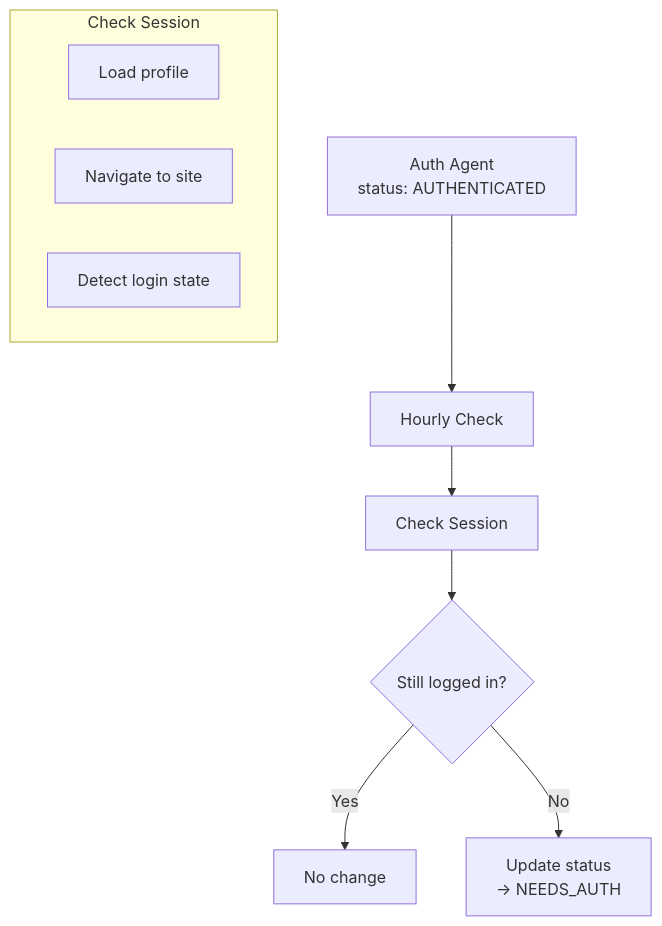
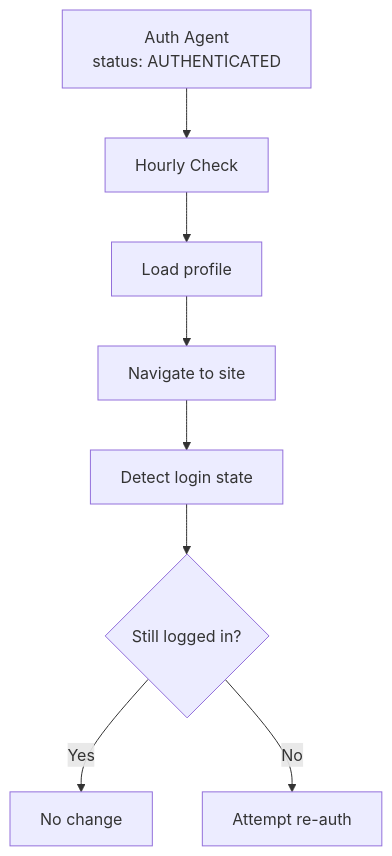
One commit to onkernel/docs changed the diagram in agents/auth/session-monitoring.mdx. Above: the diagram before and after it, drawn with Mermaid. The commit also changed other lines of this file and 7 other files, not shown here.

````diff
--- a/agents/auth/session-monitoring.mdx
+++ b/agents/auth/session-monitoring.mdx
@@ -17,14 +17,10 @@
 ```mermaid
 flowchart TD
     A[Auth Agent<br/>status: AUTHENTICATED] --> B[Hourly Check]
-    B --> C[Check Session]
-    C --> D{Still logged in?}
-    D -->|Yes| E[No change]
-    D -->|No| F[Update status<br/>→ NEEDS_AUTH]
-    
-    subgraph Check Session
-        C1[Load profile]
-        C2[Navigate to site]
-        C3[Detect login state]
-    end
+    B --> C[Load profile]
+    C --> D[Navigate to site]
+    D --> E[Detect login state]
+    E --> F{Still logged in?}
+    F -->|Yes| G[No change]
+    F -->|No| H[Attempt re-auth]
 ```
````
